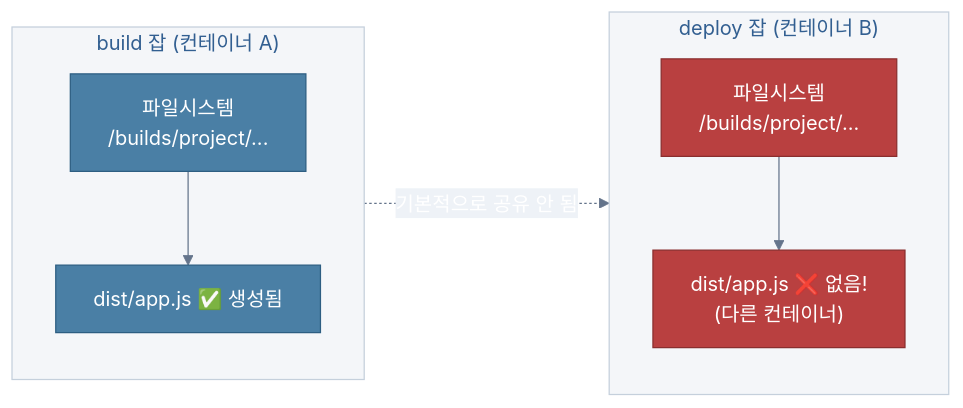
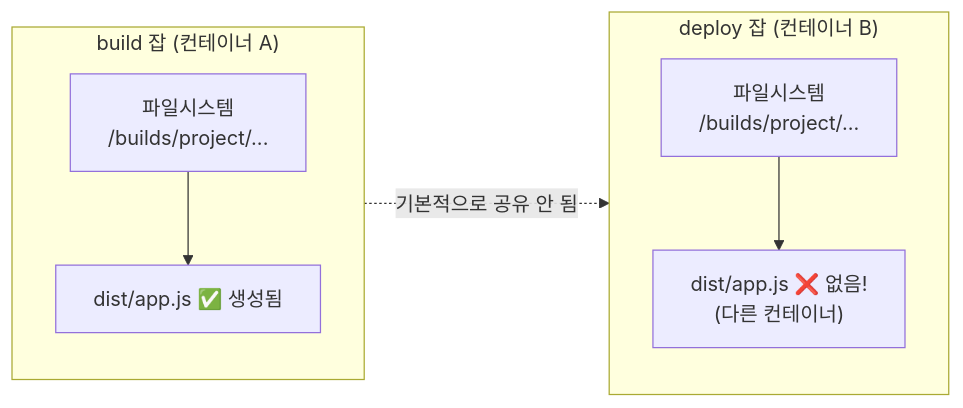
One commit to Seobway23/Seobway23.github.io changed the first of 9 diagrams in posts/study/infra/gitlab-artifacts-vs-cache.md. Above: the diagram before and after it, drawn with Mermaid. The commit also changed other lines of this file and 21 other files, not shown here.

Commit message:
:sparkles: mermaid, code,inline edit

````diff
--- a/posts/study/infra/gitlab-artifacts-vs-cache.md
+++ b/posts/study/infra/gitlab-artifacts-vs-cache.md
@@ -25,23 +25,20 @@
 ```mermaid
-%%{init: {'theme': 'base', 'themeVariables': {'primaryColor': '#5b8ec7', 'primaryTextColor': '#fff', 'primaryBorderColor': '#3d6fa5', 'lineColor': '#64748b', 'edgeLabelBackground': '#eef2f7', 'clusterBkg': '#f4f6f9', 'clusterBorder': '#c5d0dc'}}}%%
+%% desc: 잡 간 파일시스템 격리 — 컨테이너 A의 파일이 컨테이너 B에서 보이지 않는 이유
 flowchart LR
     subgraph JOB_A["build 잡 (컨테이너 A)"]
         A_FS["파일시스템\n/builds/project/..."]
         A_OUT["dist/app.js ✅ 생성됨"]
         A_FS --> A_OUT
     end
 
     subgraph JOB_B["deploy 잡 (컨테이너 B)"]
         B_FS["파일시스템\n/builds/project/..."]
         B_NOPE["dist/app.js ❌ 없음!\n(다른 컨테이너)"]
         B_FS --> B_NOPE
     end
 
     JOB_A -.->|"기본적으로 공유 안 됨"| JOB_B
 
-    classDef job_a fill:#4a7fa5,stroke:#2d5e82,color:#fff
-    classDef job_b fill:#b94040,stroke:#8a2e2e,color:#fff
 
-    class A_FS,A_OUT job_a
-    class B_FS,B_NOPE job_b
+
 ```
````
